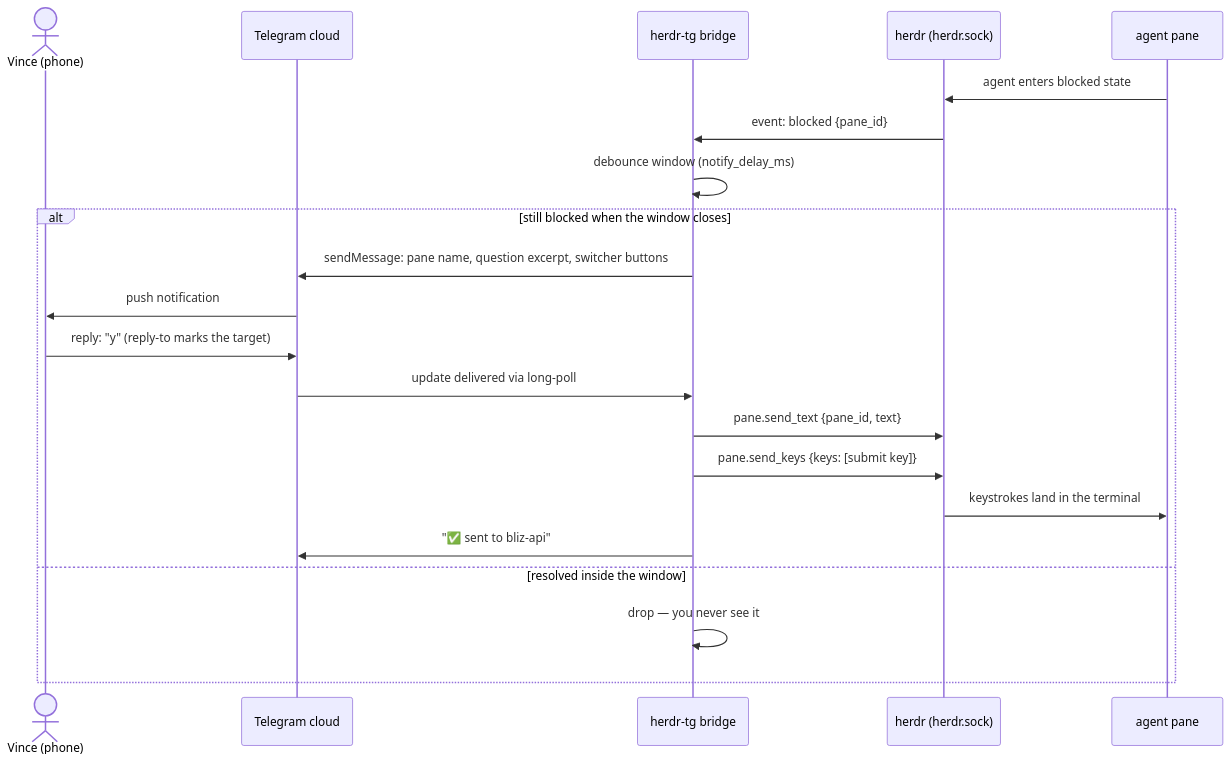
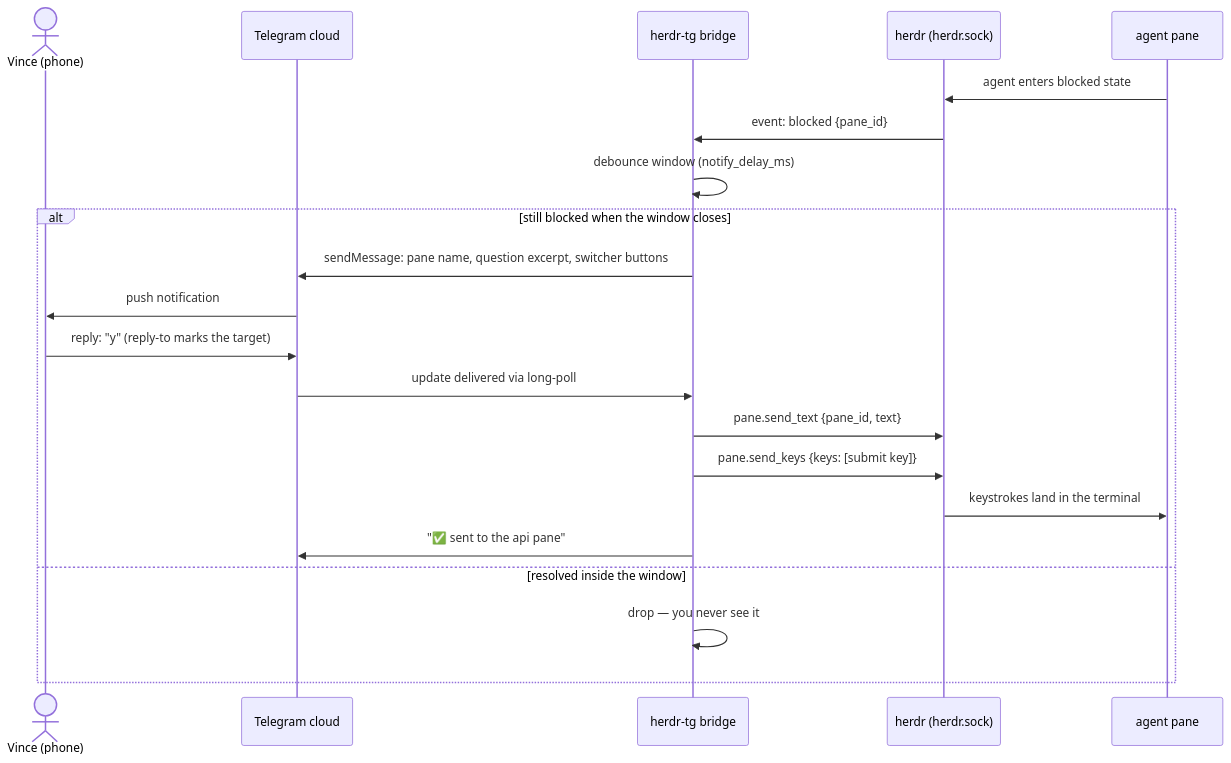
Before and after one commit to vinceferro/herdr-tg: the second of 4 diagrams in PLAN.md, drawn with Mermaid. The commit also changed other lines of this file and 5 other files, not shown here.

````diff
--- a/PLAN.md
+++ b/PLAN.md
@@ -66,24 +66,24 @@
 ```mermaid
 sequenceDiagram
     actor V as Vince (phone)
     participant T as Telegram cloud
     participant B as herdr-tg bridge
     participant H as herdr (herdr.sock)
     participant P as agent pane
 
     P->>H: agent enters blocked state
     H->>B: event: blocked {pane_id}
     B->>B: debounce window (notify_delay_ms)
     alt still blocked when the window closes
         B->>T: sendMessage: pane name, question excerpt, switcher buttons
         T->>V: push notification
         V->>T: reply: "y" (reply-to marks the target)
         T->>B: update delivered via long-poll
         B->>H: pane.send_text {pane_id, text}
         B->>H: pane.send_keys {keys: [submit key]}
         H->>P: keystrokes land in the terminal
-        B->>T: "✅ sent to bliz-api"
+        B->>T: "✅ sent to the api pane"
     else resolved inside the window
         B->>B: drop — you never see it
     end
 ```
````
